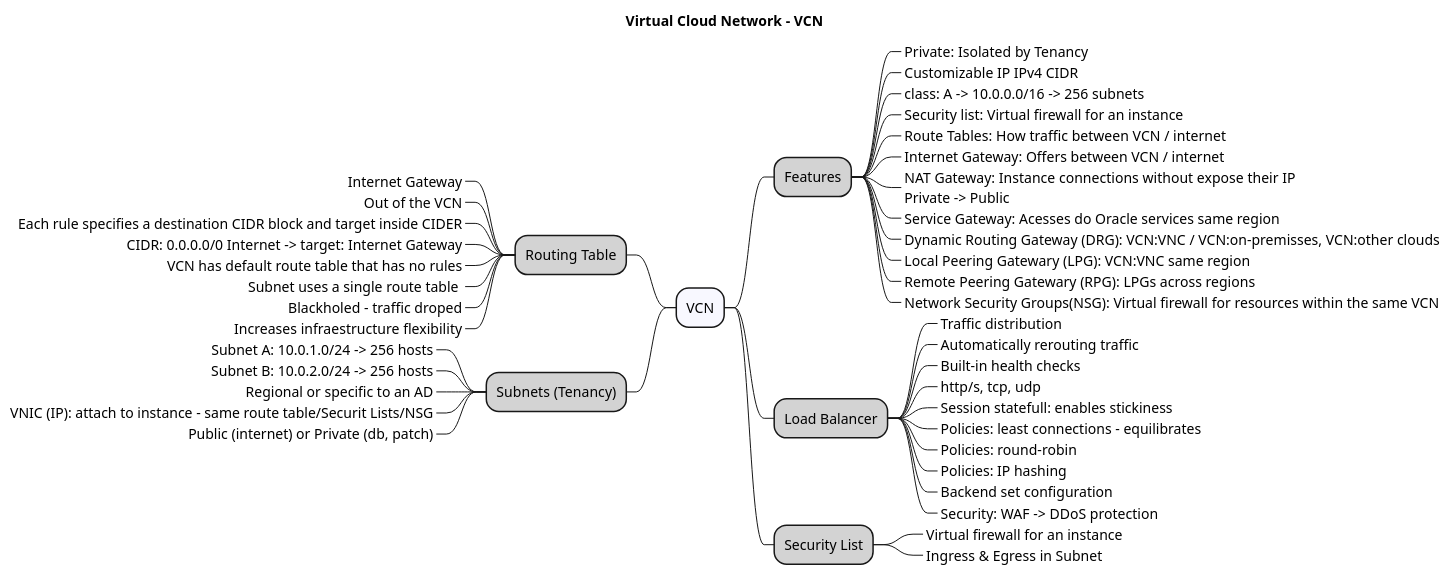
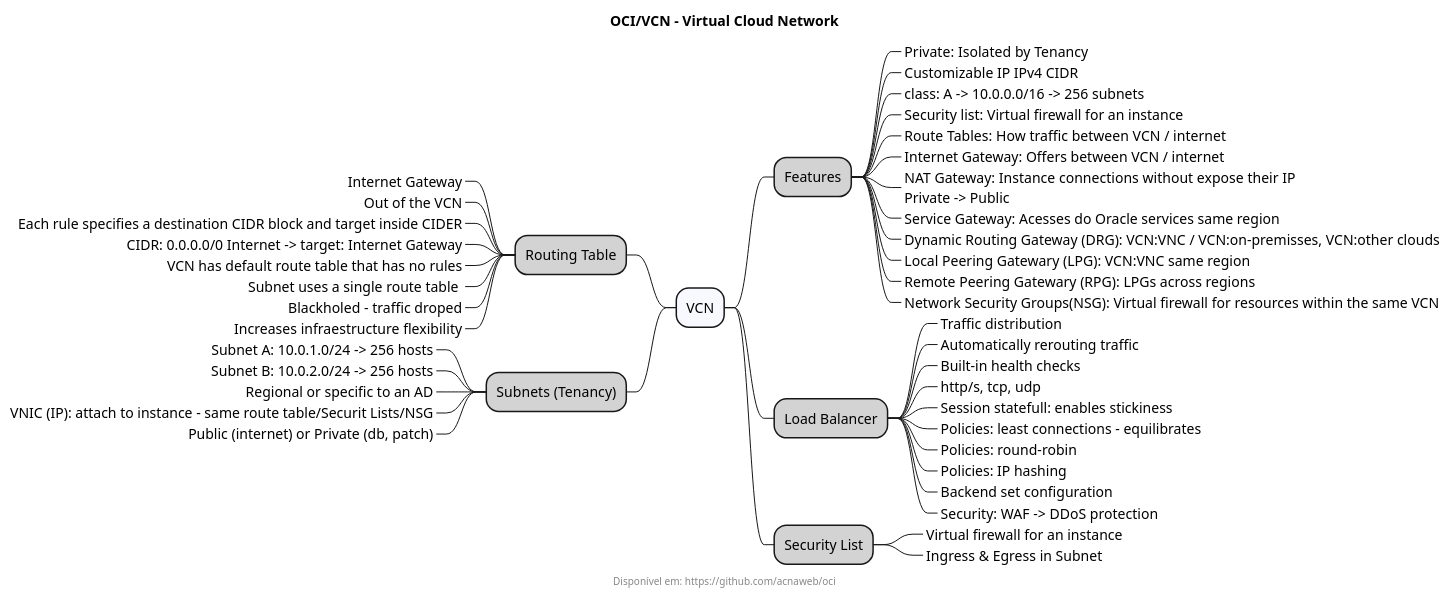
Before and after one commit to acnaweb/oci: the diagram in docs/src/vcn.wsd, drawn with PlantUML. The commit also changed 3 other files, not shown here.

```diff
--- a/docs/src/vcn.wsd
+++ b/docs/src/vcn.wsd
@@ -1,58 +1,58 @@
 @startmindmap
 
-Title "Virtual Cloud Network - VCN"
+Title "OCI/VCN - Virtual Cloud Network"
+footer Disponível em: https://github.com/acnaweb/oci
 
 *[#F8F8FF]  VCN
 
 **[#LightGray] Features
 
 ***_ Private: Isolated by Tenancy
 ***_ Customizable IP IPv4 CIDR
 ***_ class: A -> 10.0.0.0/16 -> 256 subnets
 ***_ Security list: Virtual firewall for an instance
 ***_ Route Tables: How traffic between VCN / internet
 ***_ Internet Gateway: Offers between VCN / internet
 ***_ NAT Gateway: Instance connections without expose their IP\nPrivate -> Public
 ***_ Service Gateway: Acesses do Oracle services same region
 ***_ Dynamic Routing Gateway (DRG): VCN:VNC / VCN:on-premisses, VCN:other clouds
 ***_ Local Peering Gatewary (LPG): VCN:VNC same region
 ***_ Remote Peering Gatewary (RPG): LPGs across regions
 ***_ Network Security Groups(NSG): Virtual firewall for resources within the same VCN
 
 **[#LightGray] Load Balancer
 ***_ Traffic distribution
 ***_ Automatically rerouting traffic 
 ***_ Built-in health checks
 ***_ http/s, tcp, udp
 ***_ Session statefull: enables stickiness
 ***_ Policies: least connections - equilibrates
 ***_ Policies: round-robin
 ***_ Policies: IP hashing
 ***_ Backend set configuration
 ***_ Security: WAF -> DDoS protection
 
-
 **[#LightGray] Security List
 ***_ Virtual firewall for an instance
 ***_ Ingress & Egress in Subnet
 
 left side
 
 **[#LightGray] Routing Table
 ***_ Internet Gateway
 ***_ Out of the VCN
 ***_ Each rule specifies a destination CIDR block and target inside CIDER
 ***_ CIDR: 0.0.0.0/0 Internet -> target: Internet Gateway
 ***_ VCN has default route table that has no rules
 ***_ Subnet uses a single route table 
 ***_ Blackholed - traffic droped
 ***_ Increases infraestructure flexibility
 
 **[#LightGray] Subnets (Tenancy)
 ***_ Subnet A: 10.0.1.0/24 -> 256 hosts
 ***_ Subnet B: 10.0.2.0/24 -> 256 hosts
 ***_ Regional or specific to an AD
 ***_ VNIC (IP): attach to instance - same route table/Securit Lists/NSG
 ***_ Public (internet) or Private (db, patch)
 
 @endmindmap
```
